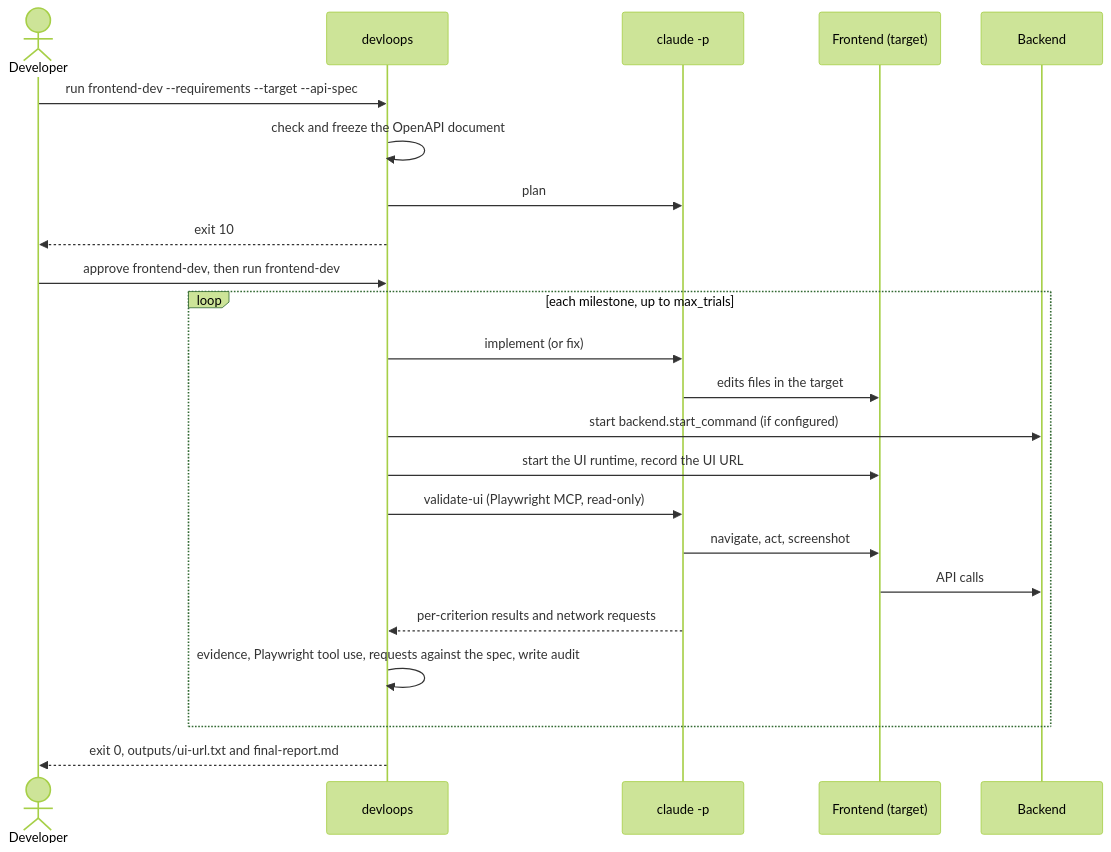
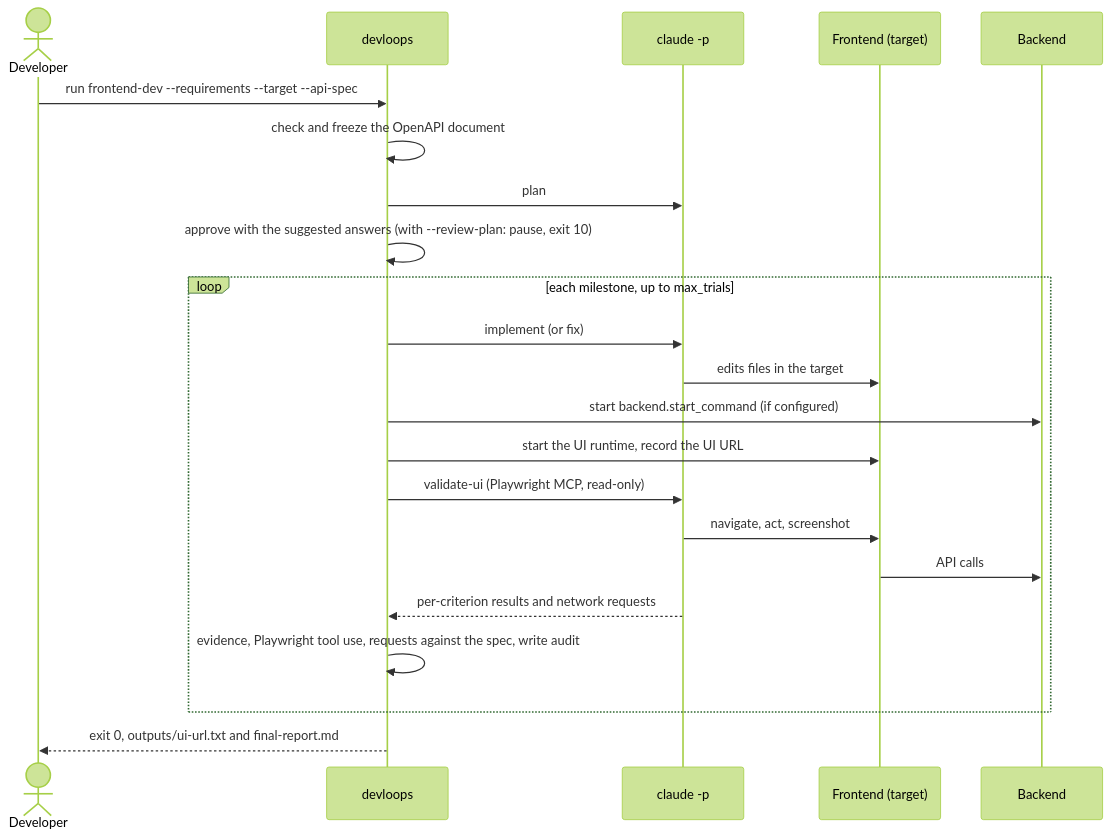
Before and after one commit to youssef7ussien/claude-devloops: the second of 3 diagrams in loops/README.md, drawn with Mermaid (forest theme). The commit also changed other lines of this file and 43 other files, not shown here.

````diff
--- a/loops/README.md
+++ b/loops/README.md
@@ -301,25 +368,24 @@
 ```mermaid
 sequenceDiagram
     actor Dev as Developer
     participant CLI as devloops
     participant Claude as claude -p
     participant UI as Frontend (target)
     participant API as Backend
     Dev->>CLI: run frontend-dev --requirements --target --api-spec
     CLI->>CLI: check and freeze the OpenAPI document
     CLI->>Claude: plan
-    CLI-->>Dev: exit 10
-    Dev->>CLI: approve frontend-dev, then run frontend-dev
+    CLI->>CLI: approve with the suggested answers (with --review-plan: pause, exit 10)
     loop each milestone, up to max_trials
         CLI->>Claude: implement (or fix)
         Claude->>UI: edits files in the target
         CLI->>API: start backend.start_command (if configured)
         CLI->>UI: start the UI runtime, record the UI URL
         CLI->>Claude: validate-ui (Playwright MCP, read-only)
         Claude->>UI: navigate, act, screenshot
         UI->>API: API calls
         Claude-->>CLI: per-criterion results and network requests
         CLI->>CLI: evidence, Playwright tool use, requests against the spec, write audit
     end
     CLI-->>Dev: exit 0, outputs/ui-url.txt and final-report.md
 ```
````
